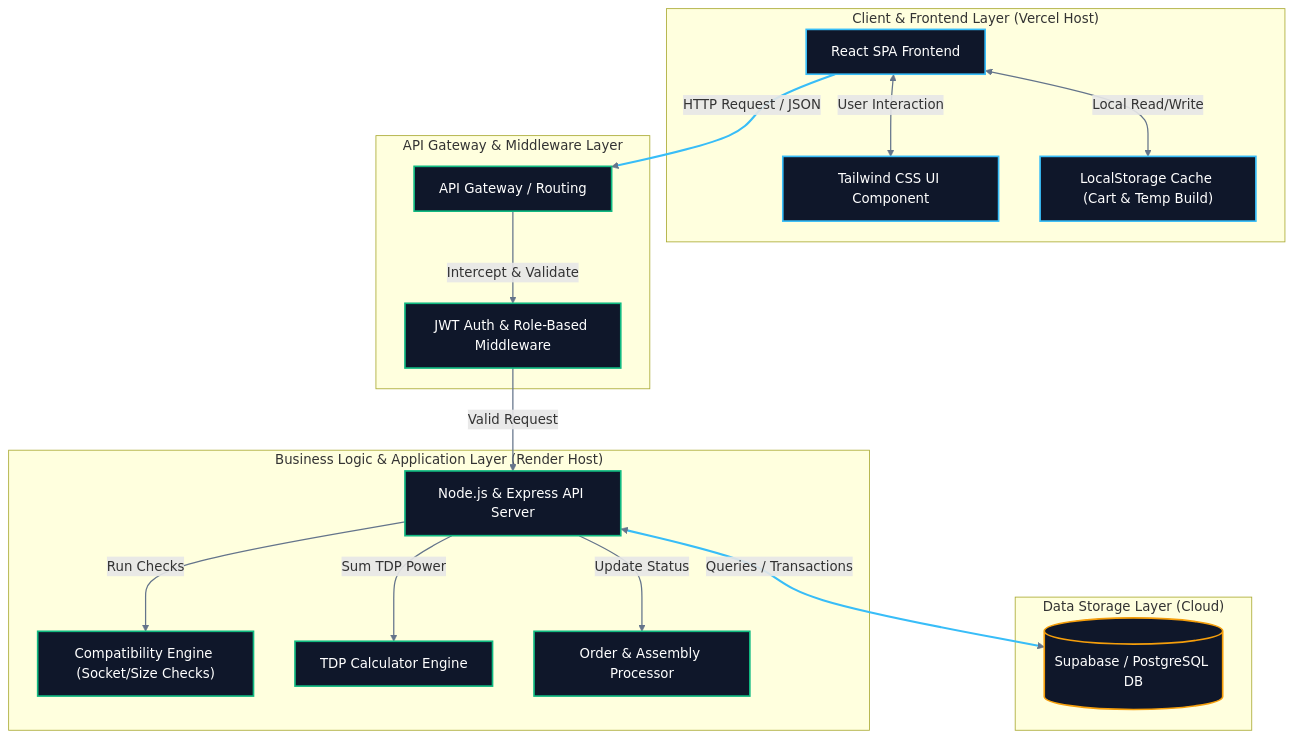
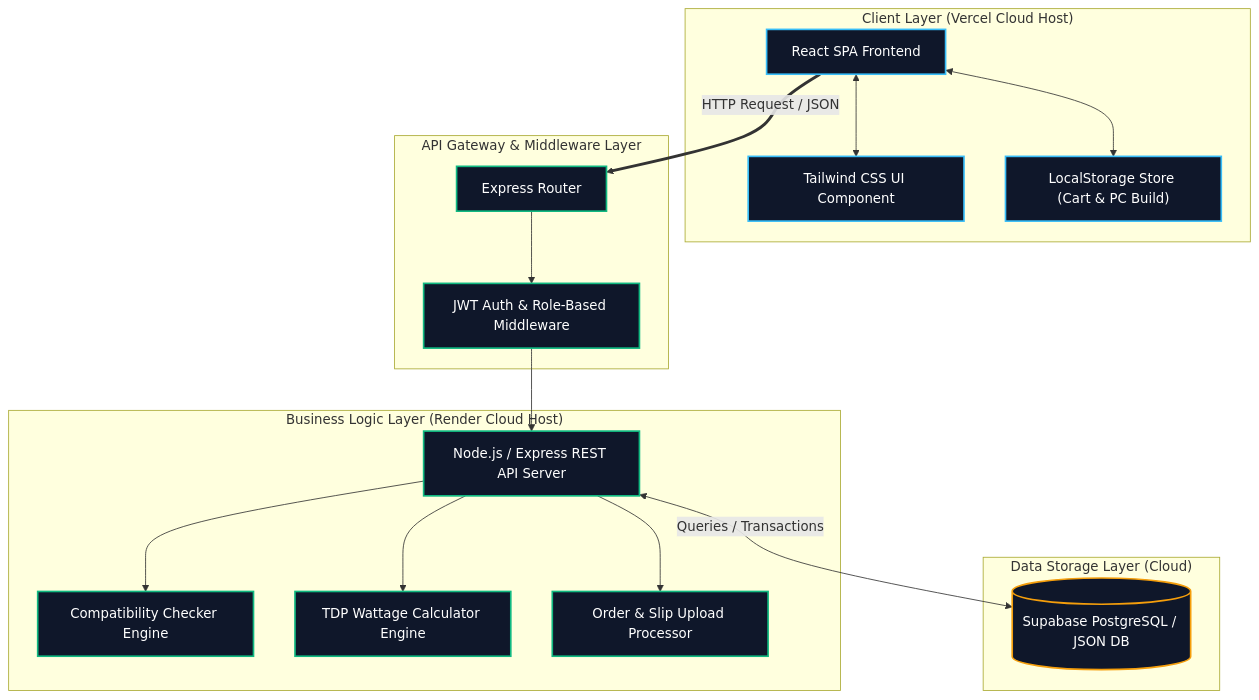
Before and after one commit to Tnk2209/ComHub-Csi204: the diagram in SRS.md, drawn with Mermaid. The commit also changed other lines of this file and 1 other file, not shown here.

````diff
--- a/SRS.md
+++ b/SRS.md
@@ -183,46 +138,36 @@
 ```mermaid
 graph TD
-    %% Styling Configuration    
     classDef client fill:#0f172a,stroke:#38bdf8,stroke-width:2px,color:#fff;
     classDef logic fill:#0f172a,stroke:#10b981,stroke-width:2px,color:#fff;
     classDef storage fill:#0f172a,stroke:#f59e0b,stroke-width:2px,color:#fff;
     
-    subgraph Client_Layer ["Client & Frontend Layer (Vercel Host)"]
+    subgraph Client_Layer ["Client Layer (Vercel Cloud Host)"]
         A["React SPA Frontend"]:::client
         B["Tailwind CSS UI Component"]:::client
-        C["LocalStorage Cache (Cart & Temp Build)"]:::client
+        C["LocalStorage Store (Cart & PC Build)"]:::client
     end
     
     subgraph Gateway_Layer ["API Gateway & Middleware Layer"]
-        D["API Gateway / Routing"]:::logic
+        D["Express Router"]:::logic
         E["JWT Auth & Role-Based Middleware"]:::logic
     end
     
-    subgraph Service_Layer ["Business Logic & Application Layer (Render Host)"]
-        F["Node.js & Express API Server"]:::logic
-        G["Compatibility Engine (Socket/Size Checks)"]:::logic
-        H["TDP Calculator Engine"]:::logic
-        I["Order & Assembly Processor"]:::logic
+    subgraph Service_Layer ["Business Logic Layer (Render Cloud Host)"]
+        F["Node.js / Express REST API Server"]:::logic
+        G["Compatibility Checker Engine"]:::logic
+        H["TDP Wattage Calculator Engine"]:::logic
+        I["Order & Slip Upload Processor"]:::logic
     end
     
     subgraph Database_Storage_Layer ["Data Storage Layer (Cloud)"]
-        J[(Supabase / PostgreSQL DB)]:::storage
+        J[(Supabase PostgreSQL / JSON DB)]:::storage
     end
 
-    %% Flow Relationships
-    A <-->|User Interaction| B
-    A <-->|Local Read/Write| C
+    A <--> B
+    A <--> C
     A ==>|HTTP Request / JSON| D
-    D -->|Intercept & Validate| E
-    E -->|Valid Request| F
-    
-    F -->|Run Checks| G
-    F -->|Sum TDP Power| H
-    F -->|Update Status| I
+    D --> E
+    E --> F
+    F --> G & H & I
     F <-->|Queries / Transactions| J
-    
-    %% Direction Legend
-    linkStyle default stroke:#64748b,stroke-width:1.5px;
-    linkStyle 2 stroke:#38bdf8,stroke-width:2.5px;
-    linkStyle 8 stroke:#38bdf8,stroke-width:2.5px;
 ```
````
